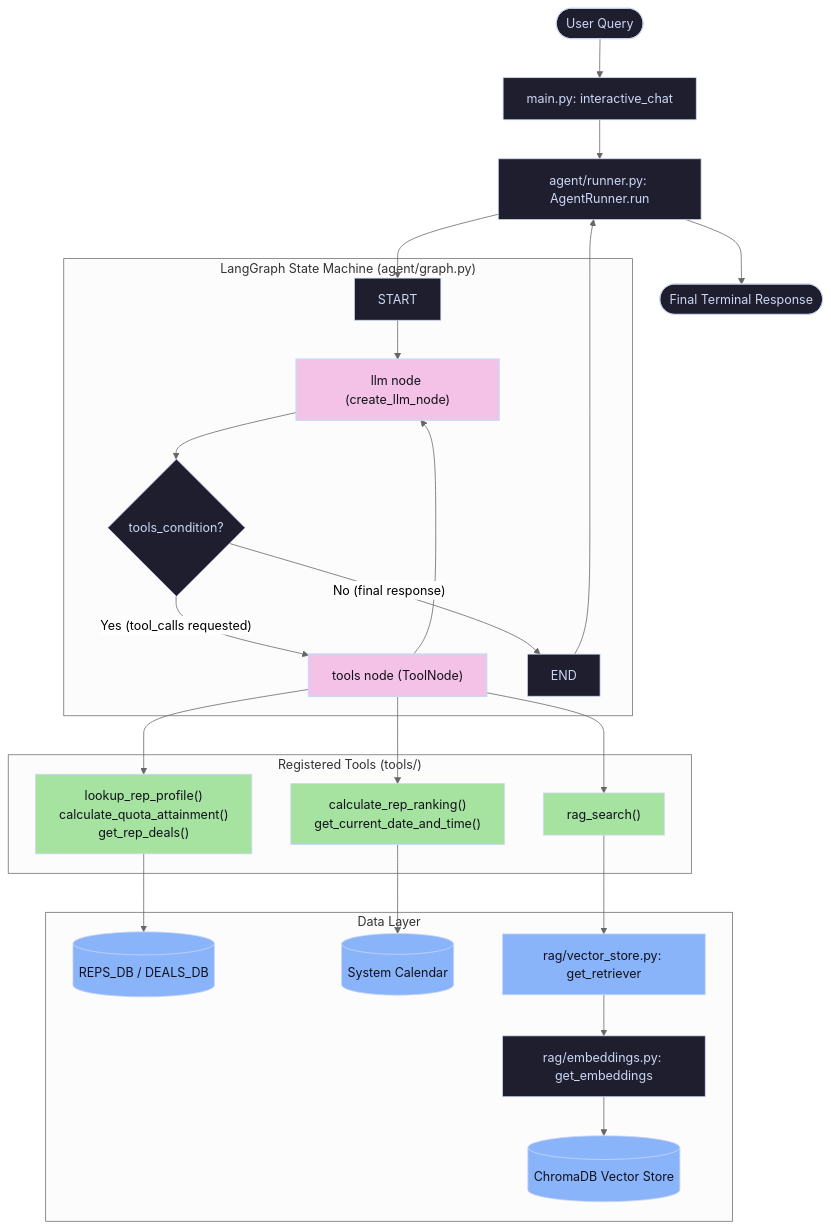
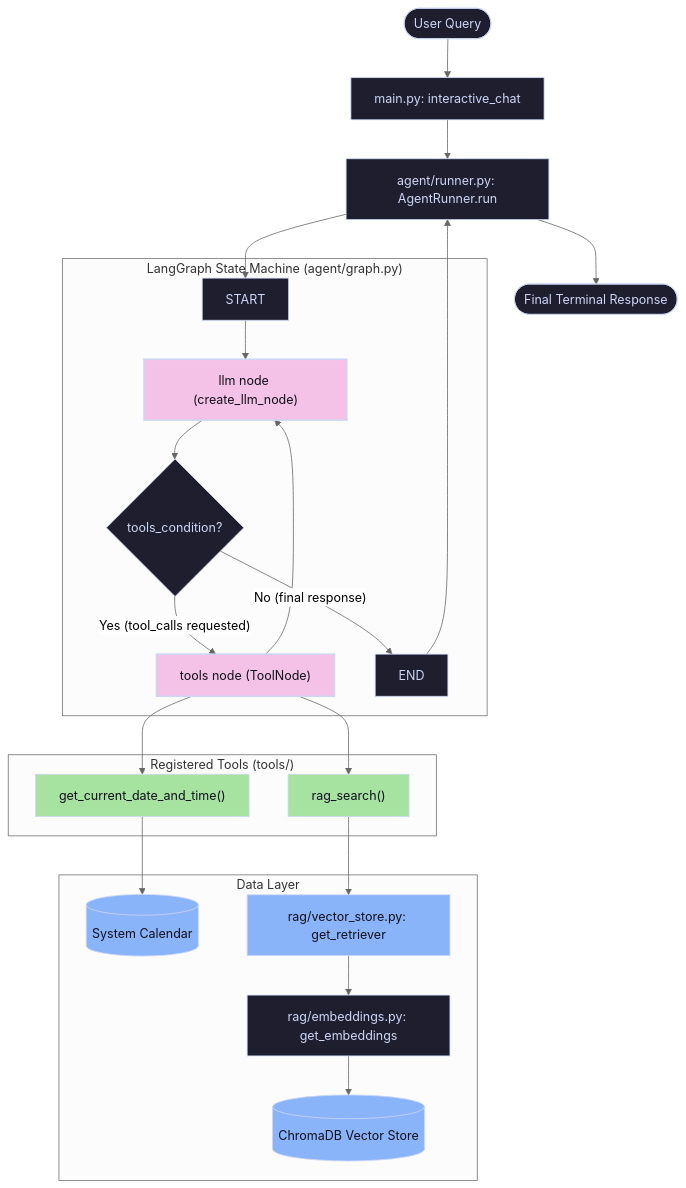
Before and after one commit to dynstat/aiagent-rag: the diagram in guide.md, drawn with Mermaid (neutral theme). The commit also changed other lines of this file and 1 other file, not shown here.

````diff
--- a/guide.md
+++ b/guide.md
@@ -274,39 +237,37 @@
 ```mermaid
 graph TD
     %% Define styles
     classDef default fill:#1e1e2e,stroke:#cdd6f4,stroke-width:1px,color:#cdd6f4;
     classDef highlight fill:#f5c2e7,stroke:#cdd6f4,stroke-width:2px,color:#11111b;
     classDef database fill:#89b4fa,stroke:#cdd6f4,stroke-width:1px,color:#11111b;
     classDef tool fill:#a6e3a1,stroke:#cdd6f4,stroke-width:1px,color:#11111b;
 
     User([User Query]) --> REPL[main.py: interactive_chat]
     REPL --> Runner[agent/runner.py: AgentRunner.run]
     
     subgraph GraphCycle["LangGraph State Machine (agent/graph.py)"]
         StartNode[START] --> LLMNode["llm node (create_llm_node)"]:::highlight
         LLMNode --> CondEdge{tools_condition?}
         
         CondEdge -- "Yes (tool_calls requested)" --> ToolNode["tools node (ToolNode)"]:::highlight
         ToolNode --> LLMNode
         
         CondEdge -- "No (final response)" --> EndNode[END]
     end
     
     Runner --> StartNode
     EndNode --> Runner
     Runner --> Response([Final Terminal Response])
 
     subgraph ToolCatalog["Registered Tools (tools/)"]
-        ToolNode --> RepTool["lookup_rep_profile()<br>calculate_quota_attainment()<br>get_rep_deals()"]:::tool
-        ToolNode --> UtilTool["calculate_rep_ranking()<br>get_current_date_and_time()"]:::tool
+        ToolNode --> UtilTool["get_current_date_and_time()"]:::tool
         ToolNode --> RagSearch["rag_search()"]:::tool
     end
 
     subgraph DBs["Data Layer"]
-        RepTool --> CRM[(REPS_DB / DEALS_DB)]:::database
         UtilTool --> SystemClock[(System Calendar)]:::database
         RagSearch --> Retriever[rag/vector_store.py: get_retriever]:::database
         Retriever --> Embeddings[rag/embeddings.py: get_embeddings]
         Embeddings --> Chroma[(ChromaDB Vector Store)]:::database
     end
 ```
````
